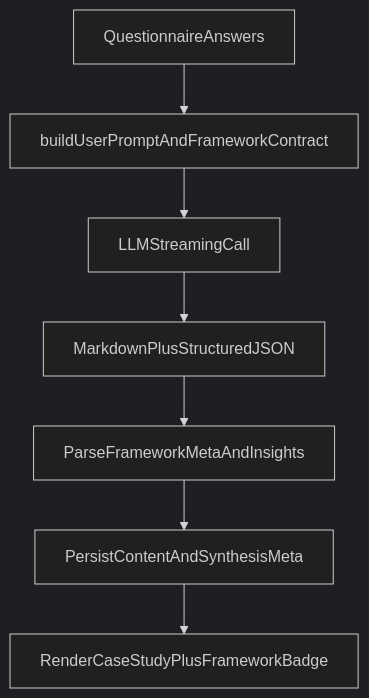
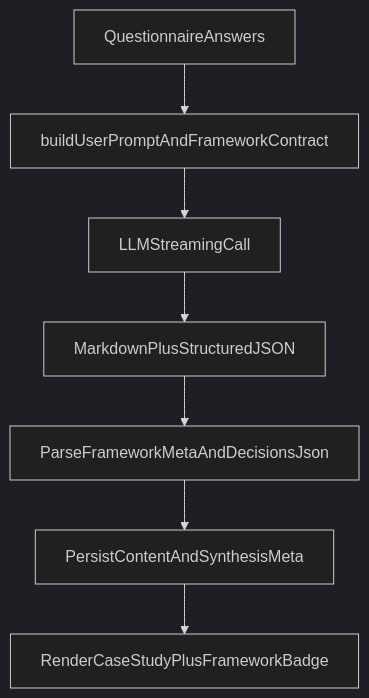
Before and after one commit to khongphaikhoa/buildabuilder: the diagram in .cursor/plans/ai_story_framework_synthesis_d8b905d6.plan.md, drawn with Mermaid (dark theme). The commit also changed other lines of this file and 5 other files, not shown here.

````diff
--- a/.cursor/plans/ai_story_framework_synthesis_d8b905d6.plan.md
+++ b/.cursor/plans/ai_story_framework_synthesis_d8b905d6.plan.md
@@ -86,9 +175,9 @@
 ```mermaid
 flowchart TD
   answers[QuestionnaireAnswers] --> promptBuilder[buildUserPromptAndFrameworkContract]
   promptBuilder --> model[LLMStreamingCall]
   model --> output[MarkdownPlusStructuredJSON]
-  output --> parser[ParseFrameworkMetaAndInsights]
+  output --> parser[ParseFrameworkMetaAndDecisionsJson]
   parser --> store[PersistContentAndSynthesisMeta]
   store --> resultUI[RenderCaseStudyPlusFrameworkBadge]
 ```
````
